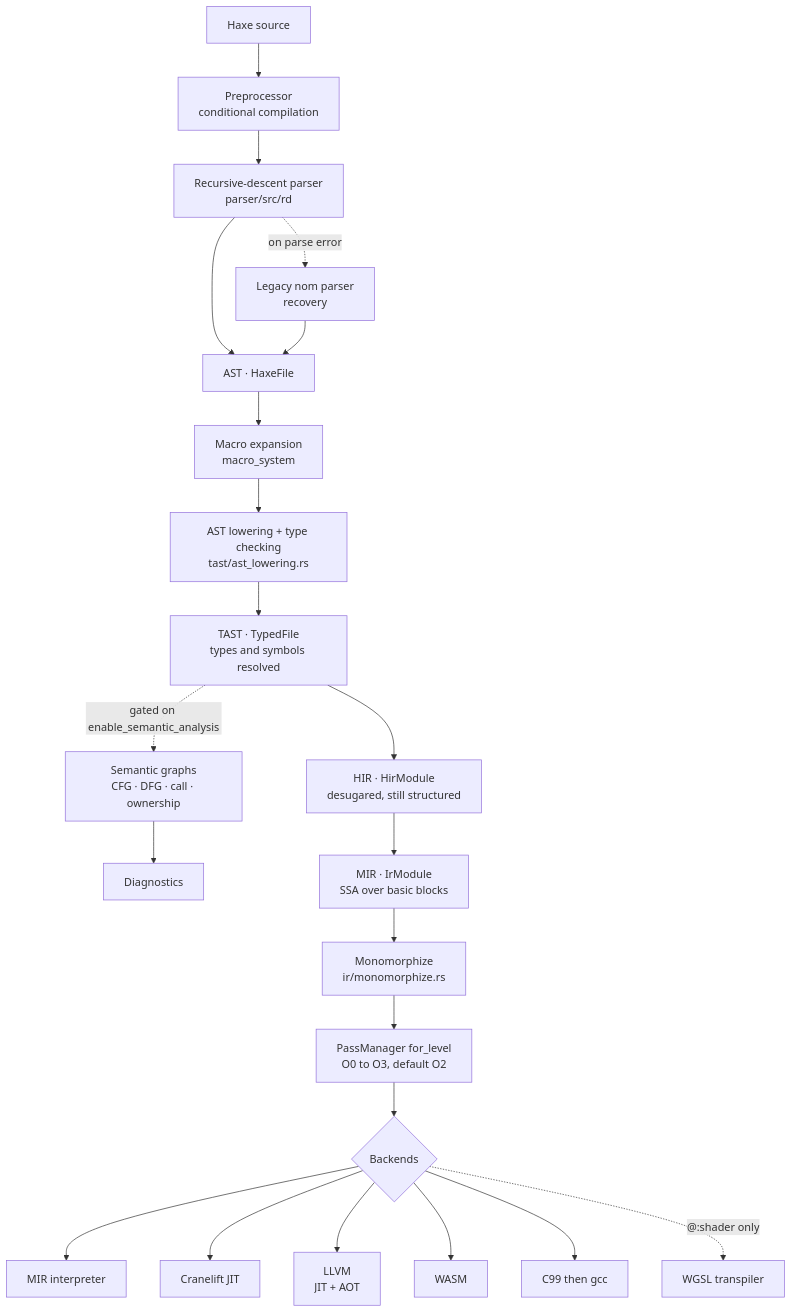
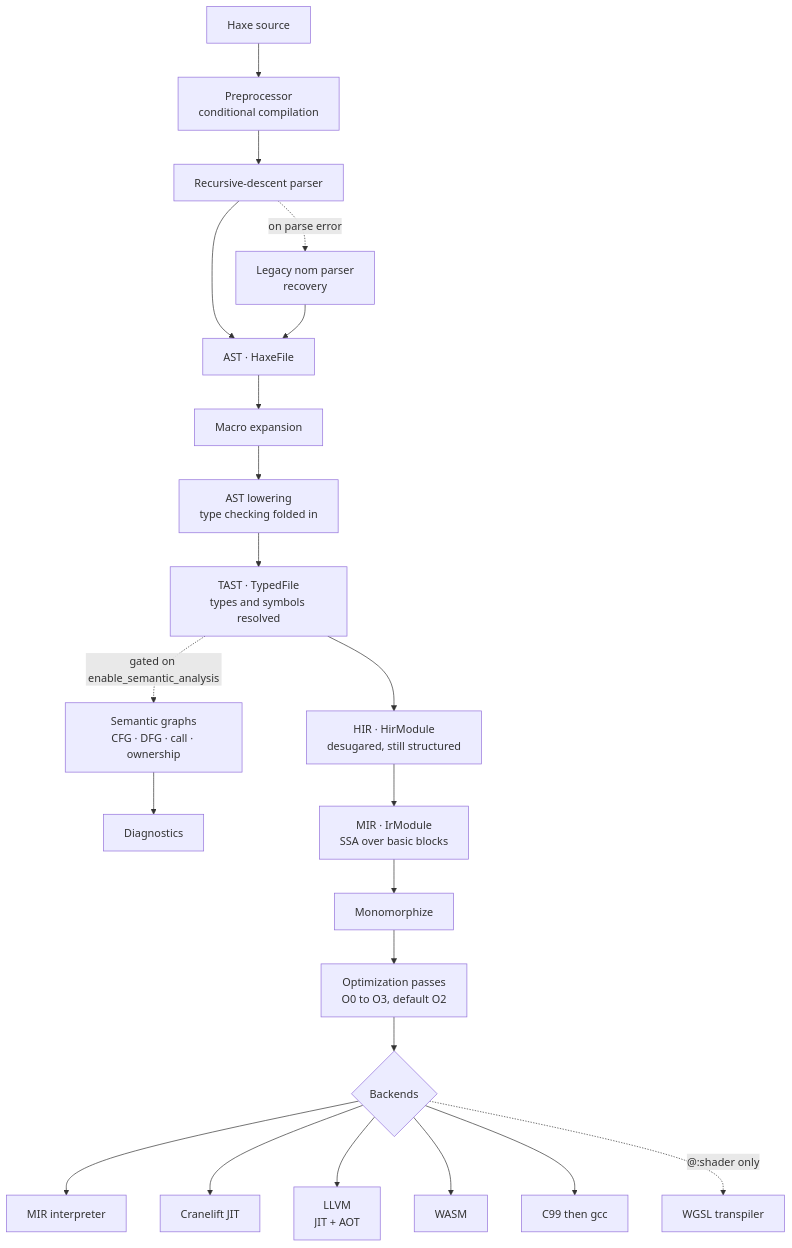
One commit to rayzor-blade/rayzor changed the first of 4 diagrams in docs/architecture/ARCHITECTURE.md. Above: the diagram before and after it, drawn with Mermaid. The commit also changed other lines of this file, not shown here.

First line of the commit message:
docs(architecture): describe components by name, not by file path

````diff
--- a/docs/architecture/ARCHITECTURE.md
+++ b/docs/architecture/ARCHITECTURE.md
@@ -17,27 +17,27 @@
 ```mermaid
 flowchart TD
     SRC["Haxe source"] --> PRE["Preprocessor<br/>conditional compilation"]
-    PRE --> RD["Recursive-descent parser<br/>parser/src/rd"]
+    PRE --> RD["Recursive-descent parser"]
     RD -.->|"on parse error"| NOM["Legacy nom parser<br/>recovery"]
     RD --> AST["AST · HaxeFile"]
     NOM --> AST
-    AST --> MACRO["Macro expansion<br/>macro_system"]
-    MACRO --> LOWER["AST lowering + type checking<br/>tast/ast_lowering.rs"]
+    AST --> MACRO["Macro expansion"]
+    MACRO --> LOWER["AST lowering<br/>type checking folded in"]
     LOWER --> TAST["TAST · TypedFile<br/>types and symbols resolved"]
 
     TAST -.->|"gated on enable_semantic_analysis"| SG["Semantic graphs<br/>CFG · DFG · call · ownership"]
     SG --> DIAG["Diagnostics"]
 
     TAST --> HIR["HIR · HirModule<br/>desugared, still structured"]
     HIR --> MIR["MIR · IrModule<br/>SSA over basic blocks"]
-    MIR --> MONO["Monomorphize<br/>ir/monomorphize.rs"]
-    MONO --> OPT["PassManager for_level<br/>O0 to O3, default O2"]
+    MIR --> MONO["Monomorphize"]
+    MONO --> OPT["Optimization passes<br/>O0 to O3, default O2"]
     OPT --> BE{"Backends"}
 
     BE --> INTERP["MIR interpreter"]
     BE --> CL["Cranelift JIT"]
     BE --> LLVM["LLVM<br/>JIT + AOT"]
     BE --> WASM["WASM"]
     BE --> CBE["C99 then gcc"]
     BE -.->|"@:shader only"| WGSL["WGSL transpiler"]
 ```
````
